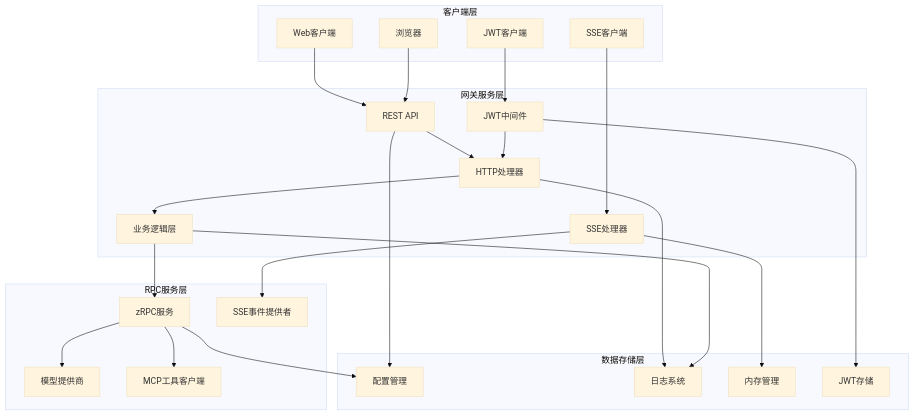
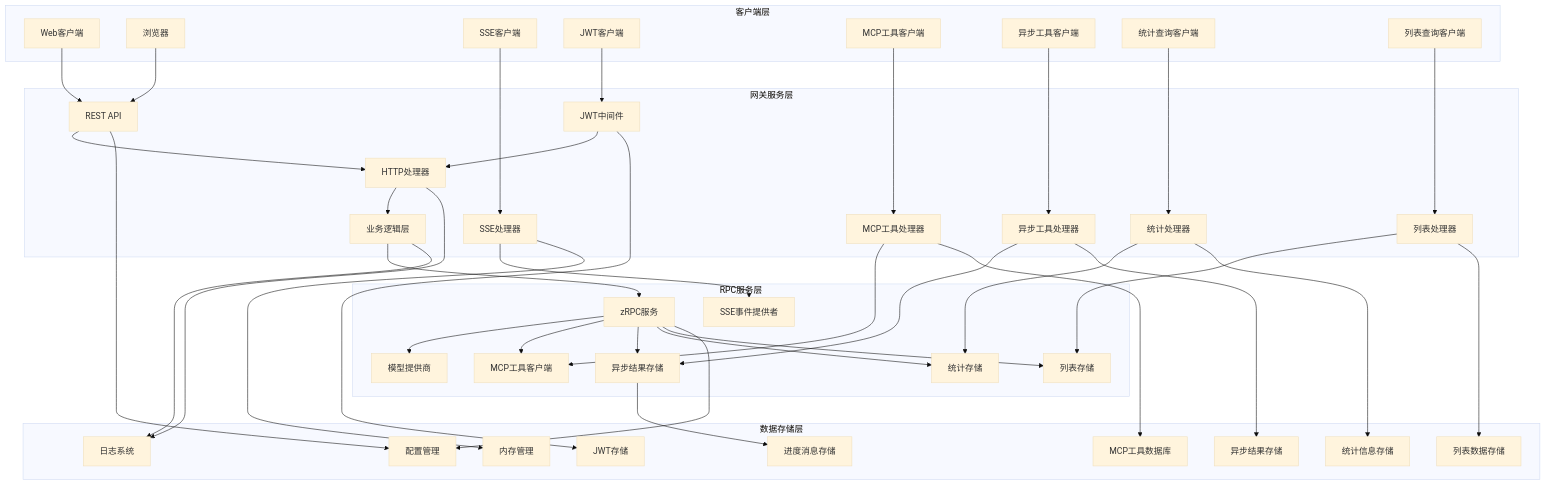
The second of 19 diagrams in .qoder/repowiki/zh/content/网关与接口/AI网关服务.md (maomao94/zero-service), drawn with Mermaid (base theme) before and after one commit. The commit also changed other lines of this file and 58 other files, not shown here.

````diff
--- a/.qoder/repowiki/zh/content/网关与接口/AI网关服务.md
+++ b/.qoder/repowiki/zh/content/网关与接口/AI网关服务.md
@@ -176,45 +233,77 @@
 ```mermaid
 graph TB
 subgraph "客户端层"
 Client[Web客户端]
 Browser[浏览器]
 SSEClient[SSE客户端]
 JWTClient[JWT客户端]
+ToolClient[MCP工具客户端]
+AsyncClient[异步工具客户端]
+StatsClient[统计查询客户端]
+ListClient[列表查询客户端]
 end
 subgraph "网关服务层"
 REST[REST API]
 Handler[HTTP处理器]
 Logic[业务逻辑层]
 JWTMiddleware[JWT中间件]
 SSEHandler[SSE处理器]
+ToolHandler[MCP工具处理器]
+AsyncHandler[异步工具处理器]
+StatsHandler[统计处理器]
+ListHandler[列表处理器]
 end
 subgraph "RPC服务层"
 RPC[zRPC服务]
 Provider[模型提供商]
 SSEProvider[SSE事件提供者]
 MCPClient[MCP工具客户端]
+AsyncResult[异步结果存储]
+StatsStore[统计存储]
+ListStore[列表存储]
 end
 subgraph "数据存储层"
 Config[配置管理]
 Log[日志系统]
 Memory[内存管理]
 JWTStore[JWT存储]
+ToolDB[MCP工具数据库]
+AsyncStore[异步结果存储]
+ProgressDB[进度消息存储]
+StatsDB[统计信息存储]
+ListDB[列表数据存储]
 end
 Client --> REST
 Browser --> REST
 SSEClient --> SSEHandler
 JWTClient --> JWTMiddleware
+ToolClient --> ToolHandler
+AsyncClient --> AsyncHandler
+StatsClient --> StatsHandler
+ListClient --> ListHandler
 REST --> Handler
 SSEHandler --> SSEProvider
+ToolHandler --> MCPClient
+AsyncHandler --> AsyncResult
+StatsHandler --> StatsStore
+ListHandler --> ListStore
 JWTMiddleware --> Handler
 Handler --> Logic
 Logic --> RPC
 RPC --> Provider
 RPC --> MCPClient
+RPC --> AsyncResult
+RPC --> StatsStore
+RPC --> ListStore
 REST --> Config
 SSEHandler --> Memory
 Handler --> Log
 Logic --> Log
 RPC --> Config
 JWTMiddleware --> JWTStore
+ToolHandler --> ToolDB
+AsyncHandler --> AsyncStore
+StatsHandler --> StatsDB
+ListHandler --> ListDB
+AsyncResult --> ProgressDB
 ```
````
